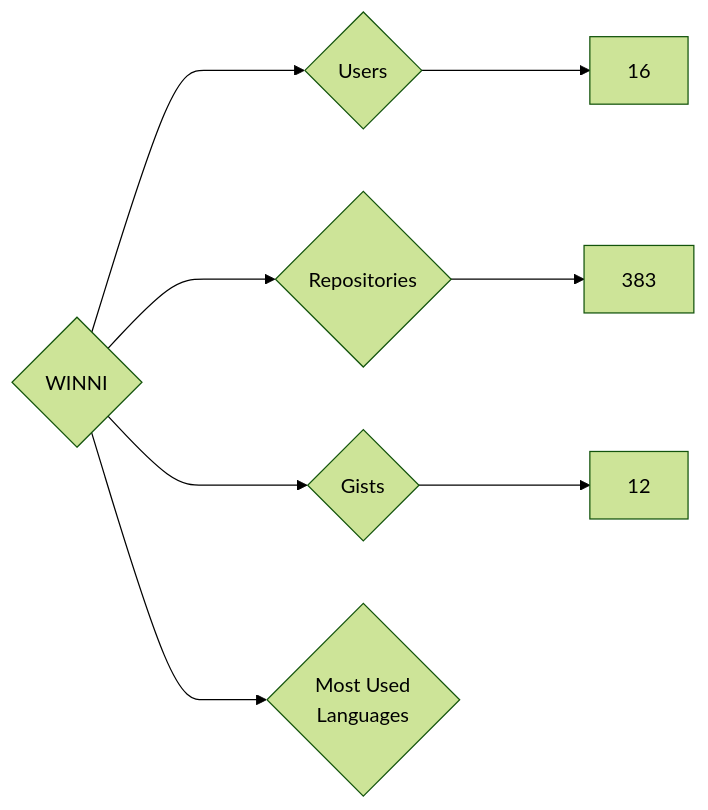
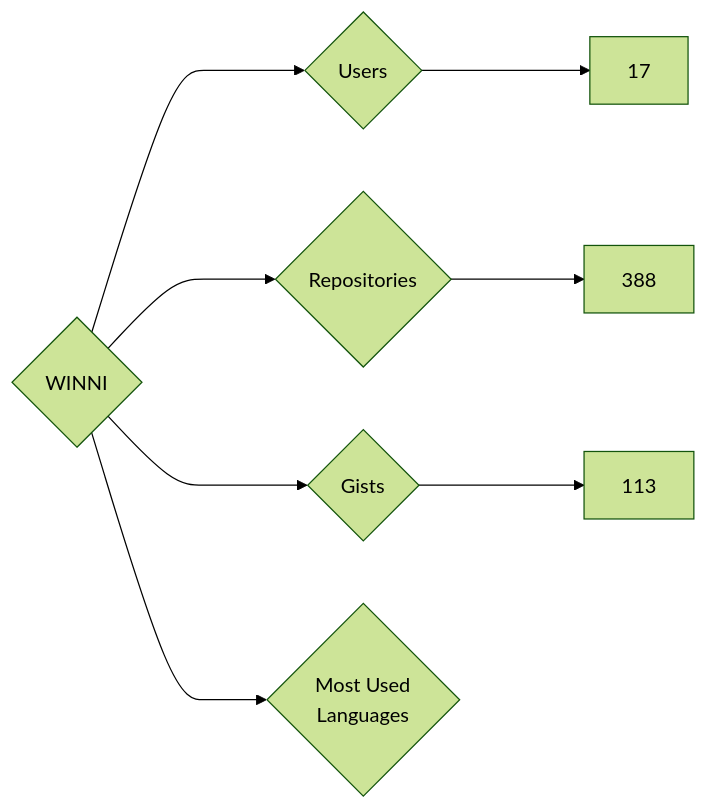
Before and after one commit to nenadzaric/insiders: the diagram in targets/WINNI/README.md, drawn with Mermaid (forest theme). The commit also changed 1342 other files, not shown here.

````diff
--- a/targets/WINNI/README.md
+++ b/targets/WINNI/README.md
@@ -3,8 +3,8 @@
 ```mermaid
 graph LR
 COMPANY_NAME{WINNI}
-COMPANY_NAME ---> U{Users} ---> UN[16]
-COMPANY_NAME ---> R{Repositories} ---> RN[383]
-COMPANY_NAME ---> G{Gists} ---> GN[12]
+COMPANY_NAME ---> U{Users} ---> UN[17]
+COMPANY_NAME ---> R{Repositories} ---> RN[388]
+COMPANY_NAME ---> G{Gists} ---> GN[113]
 COMPANY_NAME ---> ML{Most Used<br>Languages}
 ```
````
